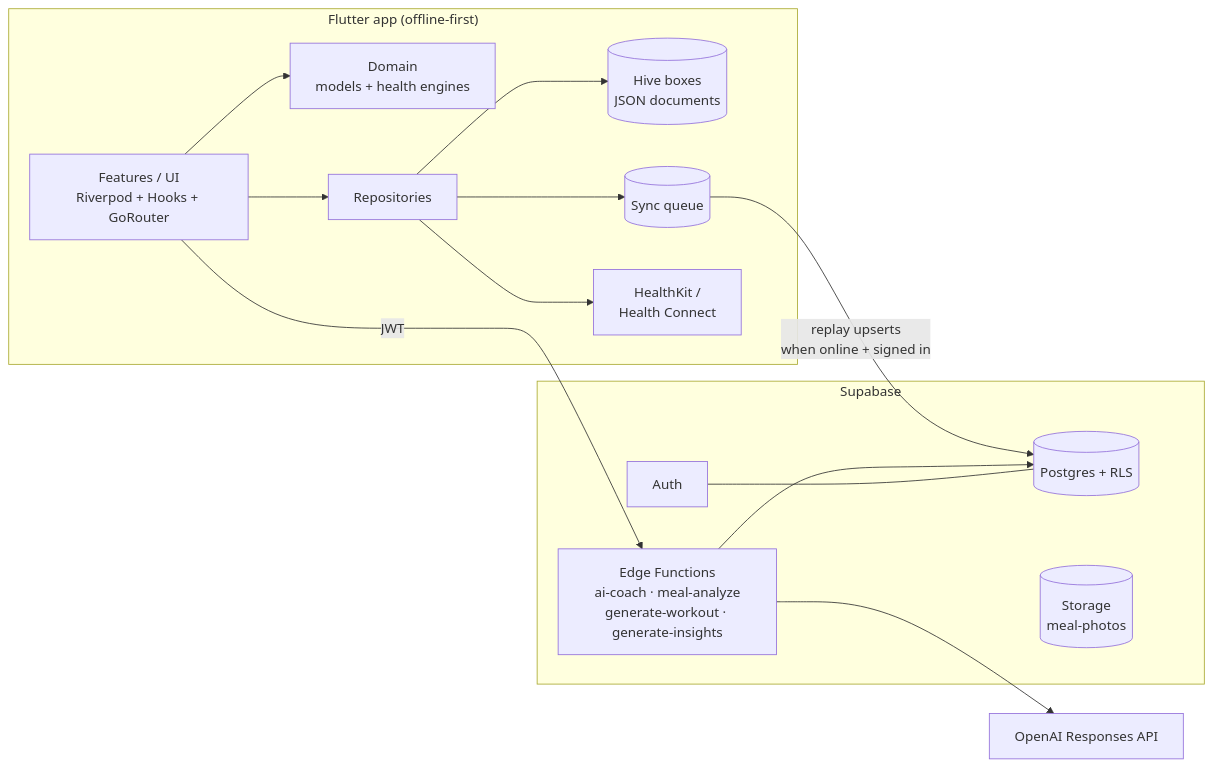
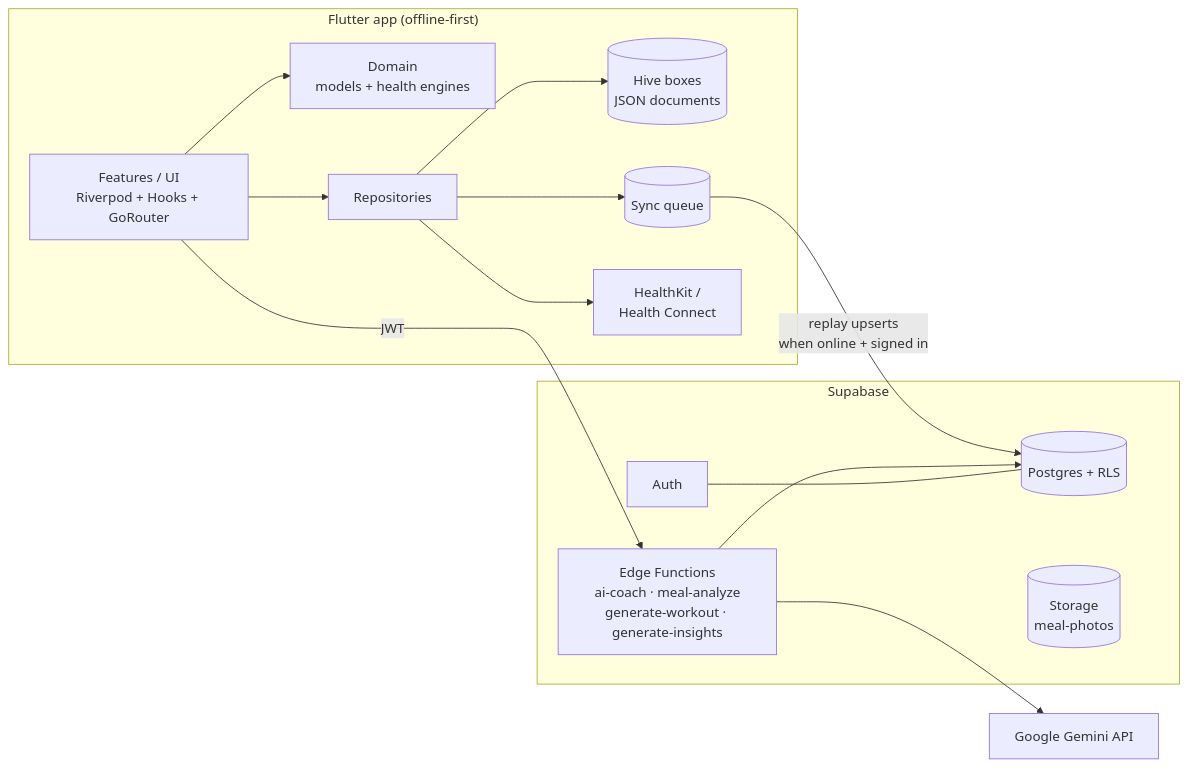
Before and after one commit to Micheduc25/Sanora: the diagram in docs/ARCHITECTURE.md, drawn with Mermaid. The commit also changed other lines of this file and 237 other files, not shown here.

````diff
--- a/docs/ARCHITECTURE.md
+++ b/docs/ARCHITECTURE.md
@@ -5,28 +5,28 @@
 ```mermaid
 flowchart LR
     subgraph Device["Flutter app (offline-first)"]
         UI[Features / UI\nRiverpod + Hooks + GoRouter]
         DOM[Domain\nmodels + health engines]
         REPO[Repositories]
         HIVE[(Hive boxes\nJSON documents)]
         QUEUE[(Sync queue)]
         HEALTHKIT[HealthKit /\nHealth Connect]
     end
 
     subgraph Supabase
         AUTH[Auth]
         PG[(Postgres + RLS)]
         FN[Edge Functions\nai-coach · meal-analyze\ngenerate-workout · generate-insights]
         STORE[(Storage\nmeal-photos)]
     end
 
-    OPENAI[OpenAI Responses API]
+    GEMINI[Google Gemini API]
 
     UI --> REPO --> HIVE
     REPO --> QUEUE -->|replay upserts\nwhen online + signed in| PG
     UI --> DOM
     REPO --> HEALTHKIT
-    UI -->|JWT| FN --> OPENAI
+    UI -->|JWT| FN --> GEMINI
     FN --> PG
     AUTH --- PG
 ```
````
